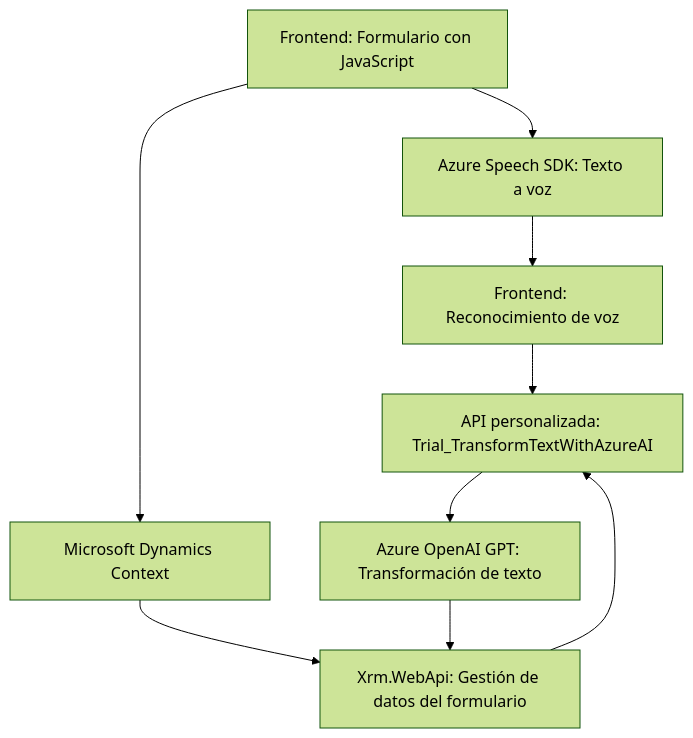
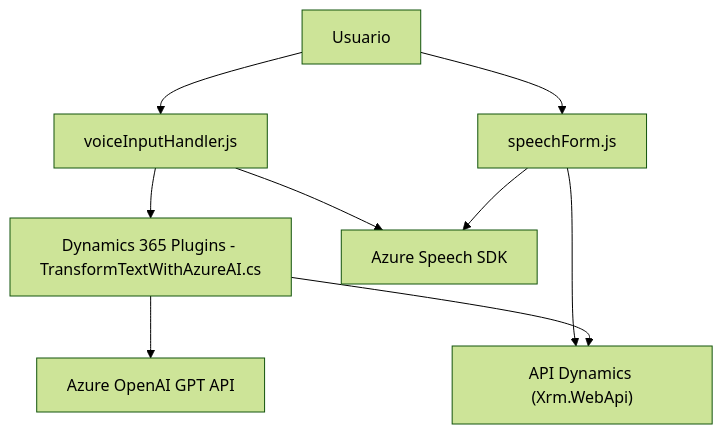
Before and after one commit to blopezdm/NETCORE_BILBAO2025: the diagram in README.md, drawn with Mermaid (forest theme). The commit also changed other lines of this file, not shown here.

Commit message:
Actualizar análisis global de la solución con IA

````diff
--- a/README.md
+++ b/README.md
@@ -49,11 +42,17 @@
 ```mermaid
 graph TD
-    A["Frontend: Formulario con JavaScript"] --> B["Azure Speech SDK: Texto a voz"]
-    B --> C["Frontend: Reconocimiento de voz"]
-    C --> D["API personalizada: Trial_TransformTextWithAzureAI"]
-    A --> E["Microsoft Dynamics Context"]
-    E --> F["Xrm.WebApi: Gestión de datos del formulario"]
-    F --> D
-    D --> G["Azure OpenAI GPT: Transformación de texto"]
-    G --> F
+    A["Usuario"]
+    B["voiceInputHandler.js"] 
+    C["speechForm.js"]
+    D["Dynamics 365 Plugins - TransformTextWithAzureAI.cs"]
+    E["Azure Speech SDK"]
+    F["Azure OpenAI GPT API"]
+    G["API Dynamics (Xrm.WebApi)"]
+
+    A --> B --> E
+    A --> C --> E
+    B --> D
+    C --> G
+    D --> F
+    D --> G
 ```
````
